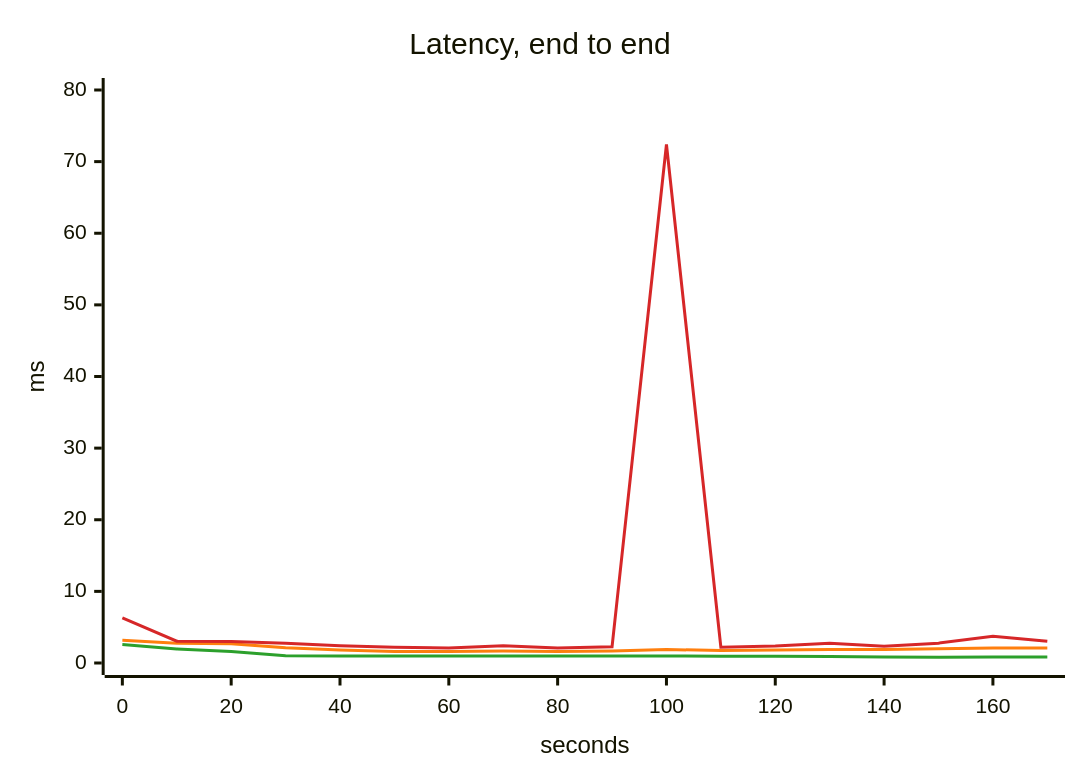
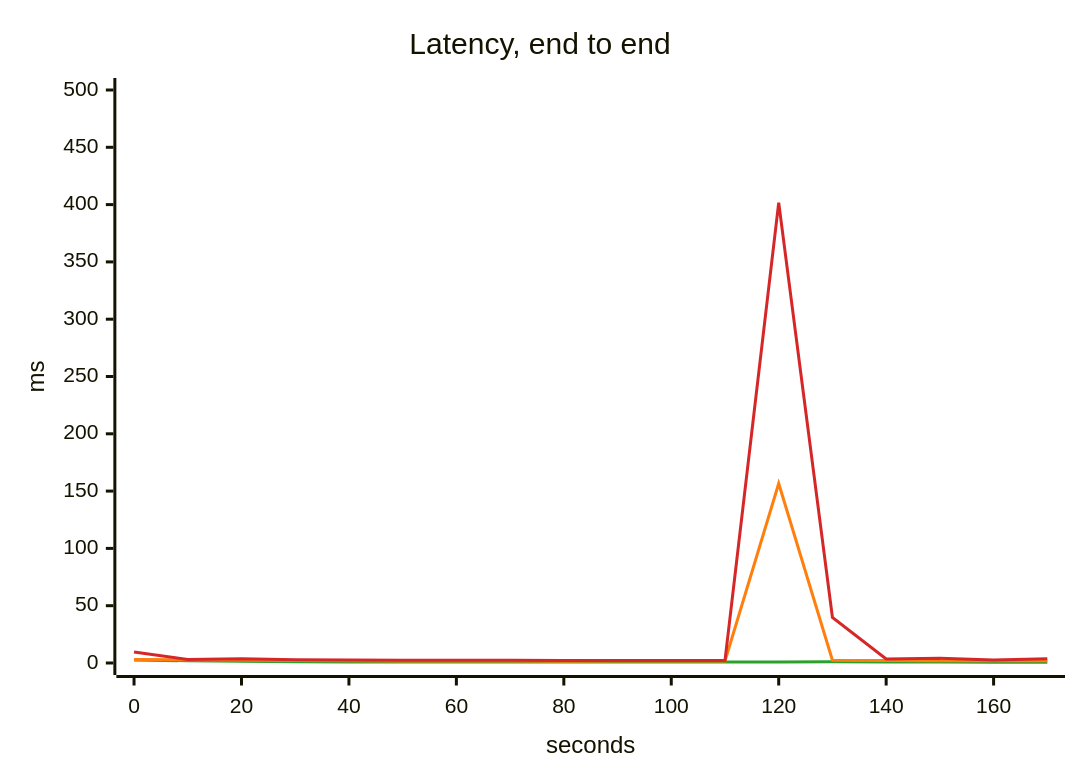
The third of 5 diagrams in scenarios/statement-day/solutions/more-memory/report.md (akinfemi/load-lore), drawn with Mermaid before and after one commit. The commit also changed other lines of this file and 3 other files, not shown here.

````diff
--- a/scenarios/statement-day/solutions/more-memory/report.md
+++ b/scenarios/statement-day/solutions/more-memory/report.md
@@ -57,16 +59,16 @@
 ```mermaid
 ---
 config:
   themeVariables:
     xyChart:
       backgroundColor: "transparent"
       plotColorPalette: "#2ca02c, #ff7f0e, #d62728"
 ---
 xychart-beta
     title "Latency, end to end"
     x-axis "seconds" 0 --> 170
-    y-axis "ms" 0 --> 80
-    line [2.58, 1.969, 1.617, 1.003, 0.966, 0.971, 0.974, 0.972, 0.97, 0.969, 0.969, 0.954, 0.934, 0.91, 0.832, 0.806, 0.831, 0.829]
-    line [3.186, 2.753, 2.697, 2.115, 1.8, 1.603, 1.589, 1.661, 1.608, 1.66, 1.88, 1.741, 1.812, 1.892, 1.901, 1.989, 2.108, 2.084]
-    line [6.291, 3.05, 2.998, 2.756, 2.422, 2.193, 2.108, 2.419, 2.106, 2.252, 72.419, 2.212, 2.384, 2.748, 2.327, 2.771, 3.75, 3.022]
+    y-axis "ms" 0 --> 500
+    line [2.578, 1.963, 1.631, 1.014, 0.969, 0.971, 0.975, 0.974, 0.969, 0.971, 0.964, 0.952, 0.977, 0.983, 0.891, 0.812, 0.762, 0.737]
+    line [3.028, 2.748, 2.723, 2.263, 1.877, 1.674, 1.664, 1.724, 1.613, 1.644, 1.653, 1.726, 156.603, 2.405, 2.083, 2.058, 1.97, 1.997]
+    line [9.663, 2.99, 3.612, 2.907, 2.655, 2.484, 2.43, 2.384, 2.082, 2.078, 2.101, 2.14, 401.755, 39.716, 3.543, 4.051, 2.685, 3.789]
 ```
````
